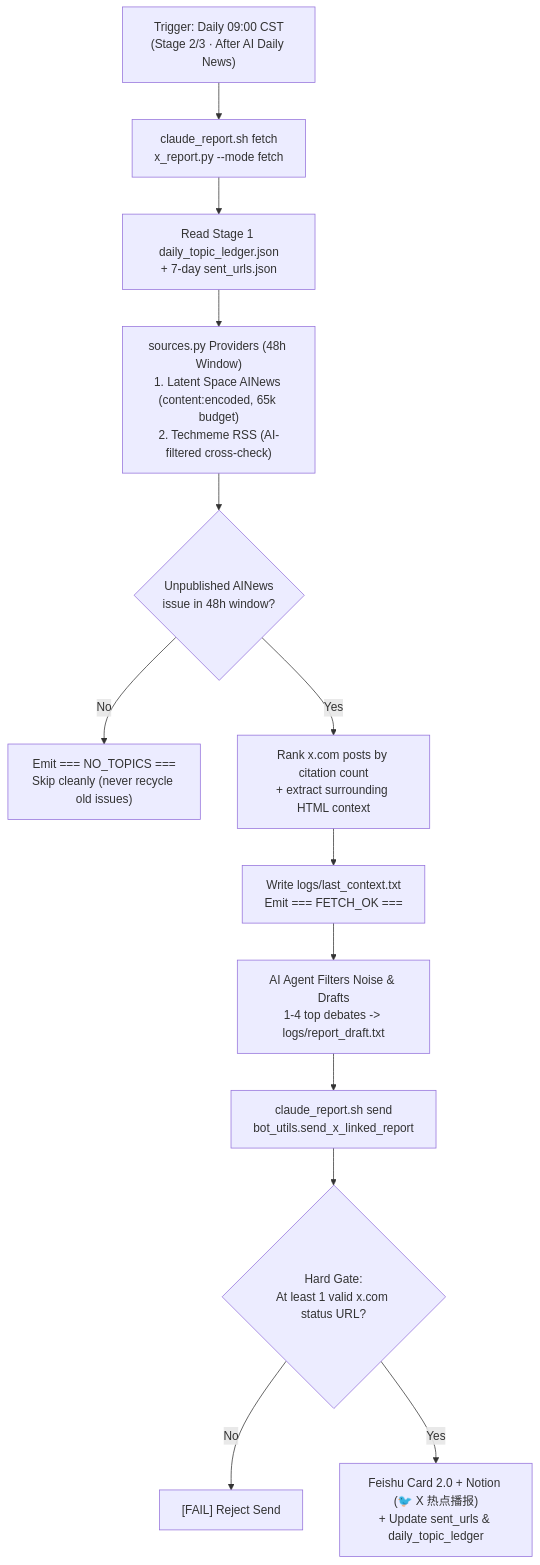
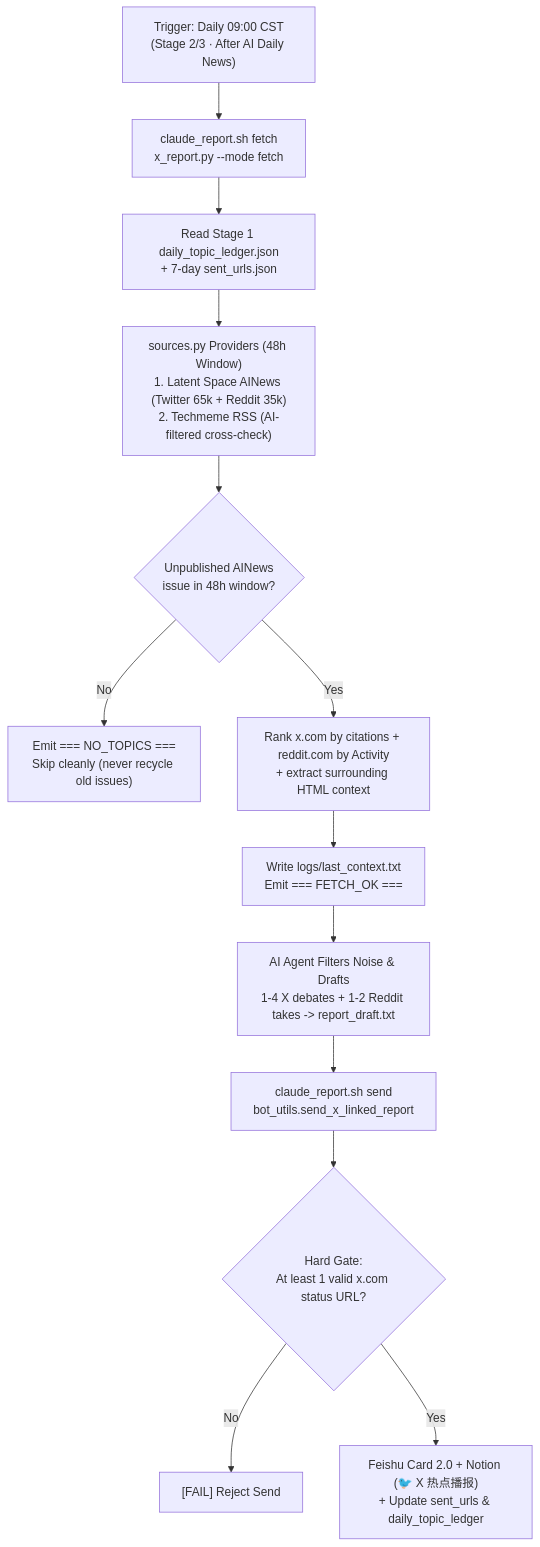
Before and after one commit to shirleyisdoingrightthings/daily-bots: the diagram in x-hotspot-bot/README.md, drawn with Mermaid. The commit also changed other lines of this file and 8 other files, not shown here.

Commit message:
feat(x-hotspot-bot): add Reddit Recap section from Latent Space AINews

````diff
--- a/x-hotspot-bot/README.md
+++ b/x-hotspot-bot/README.md
@@ -11,15 +11,15 @@
 ```mermaid
 flowchart TD
     A["Trigger: Daily 09:00 CST<br/>(Stage 2/3 · After AI Daily News)"] --> B["claude_report.sh fetch<br/>x_report.py --mode fetch"]
     B --> C["Read Stage 1 daily_topic_ledger.json<br/>+ 7-day sent_urls.json"]
-    C --> D["sources.py Providers (48h Window)<br/>1. Latent Space AINews (content:encoded, 65k budget)<br/>2. Techmeme RSS (AI-filtered cross-check)"]
+    C --> D["sources.py Providers (48h Window)<br/>1. Latent Space AINews (Twitter 65k + Reddit 35k)<br/>2. Techmeme RSS (AI-filtered cross-check)"]
     D --> E{"Unpublished AINews<br/>issue in 48h window?"}
     E -- "No" --> Y["Emit === NO_TOPICS ===<br/>Skip cleanly (never recycle old issues)"]
-    E -- "Yes" --> F["Rank x.com posts by citation count<br/>+ extract surrounding HTML context"]
+    E -- "Yes" --> F["Rank x.com by citations + reddit.com by Activity<br/>+ extract surrounding HTML context"]
     F --> G["Write logs/last_context.txt<br/>Emit === FETCH_OK ==="]
-    G --> H["AI Agent Filters Noise &amp; Drafts<br/>1-4 top debates -&gt; logs/report_draft.txt"]
+    G --> H["AI Agent Filters Noise &amp; Drafts<br/>1-4 X debates + 1-2 Reddit takes -&gt; report_draft.txt"]
     H --> I["claude_report.sh send<br/>bot_utils.send_x_linked_report"]
     I --> J{"Hard Gate:<br/>At least 1 valid x.com status URL?"}
     J -- "No" --> ERR["[FAIL] Reject Send"]
     J -- "Yes" --> K["Feishu Card 2.0 + Notion (🐦 X 热点播报)<br/>+ Update sent_urls &amp; daily_topic_ledger"]
 ```
````
